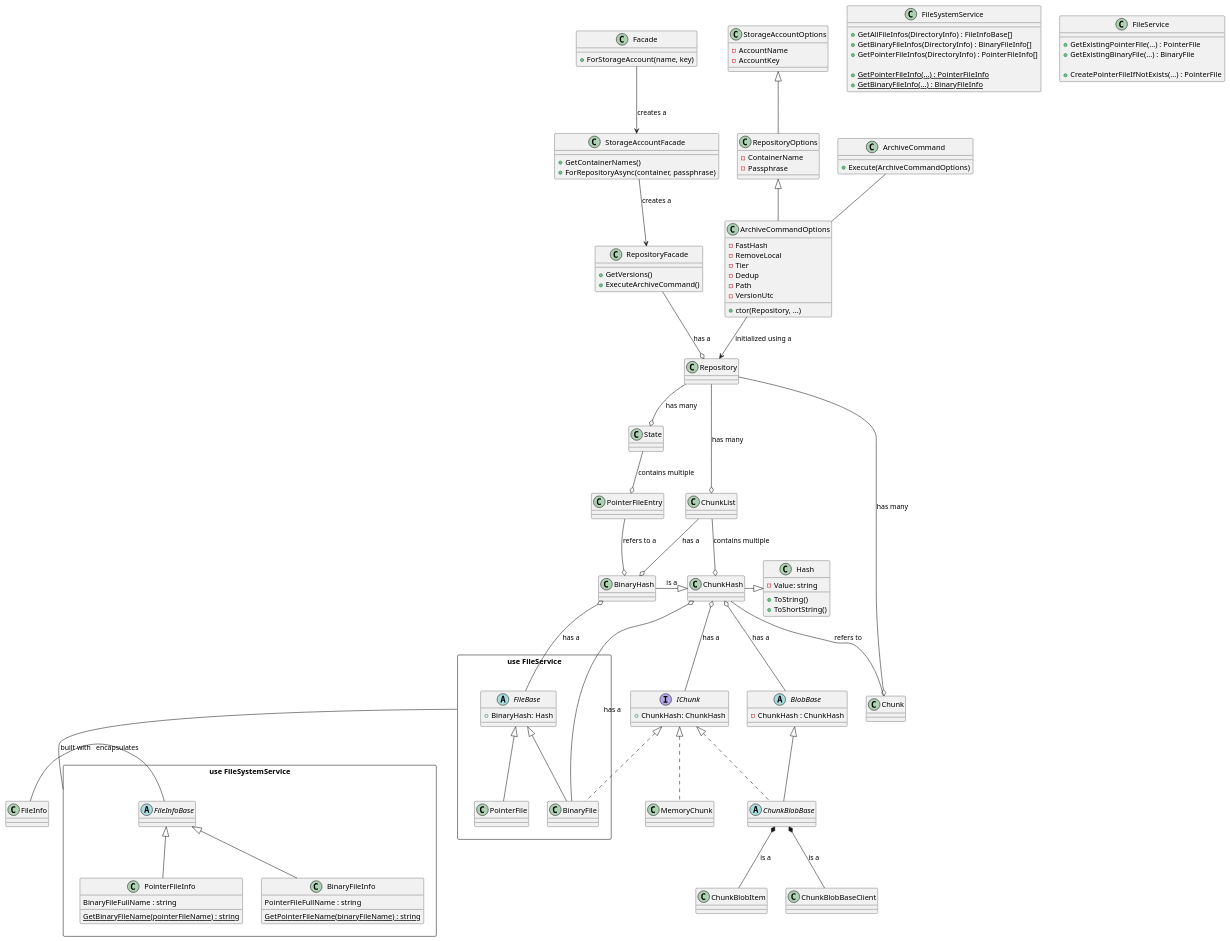
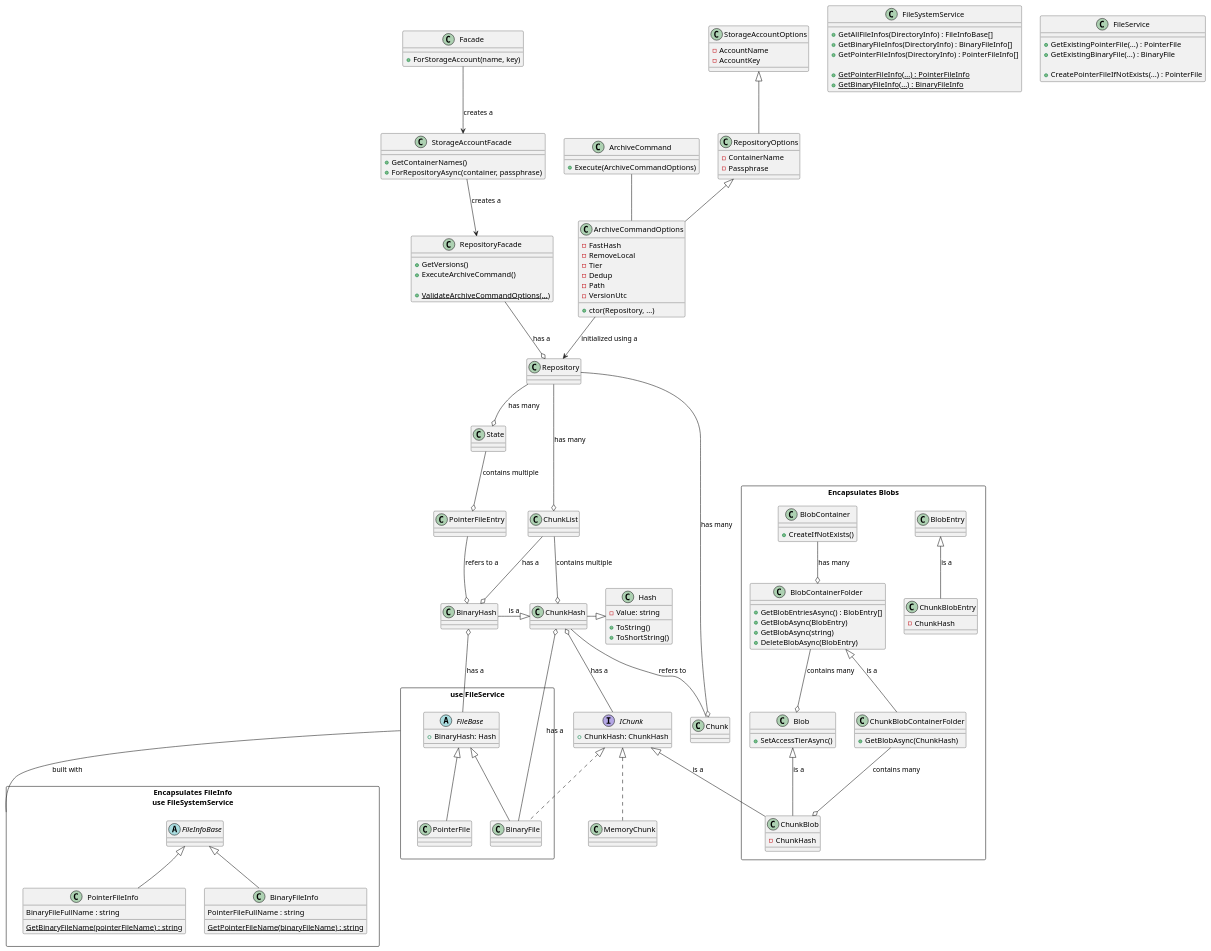
One commit to woutervanranst/Arius changed the diagram in docs/classdiagram.puml. Above: the diagram before and after it, drawn with PlantUML.

```diff
--- a/docs/classdiagram.puml
+++ b/docs/classdiagram.puml
@@ -1,160 +1,189 @@
 @startuml
 
 ' --- MODELS
 
 rectangle "use FileService" as FileServiceGroup {
     abstract class FileBase{
         +BinaryHash: Hash
     }
     class PointerFile
     class BinaryFile
 }
 
 interface IChunk{
     +ChunkHash: ChunkHash
 }
 class MemoryChunk
 
 class Hash {
  -Value: string
  +ToString()
  +ToShortString()
 }
 class ChunkHash
 class BinaryHash
 
-abstract class BlobBase {
- - ChunkHash : ChunkHash
-}
-abstract class ChunkBlobBase
-class ChunkBlobItem
-class ChunkBlobBaseClient
-
-class FileInfo
-rectangle "use FileSystemService" as FileSystemServiceGroup {
+rectangle "Encapsulates FileInfo\nuse FileSystemService" as FileSystemServiceGroup {
     abstract class FileInfoBase
     class PointerFileInfo {
         BinaryFileFullName : string
         {static} GetBinaryFileName(pointerFileName) : string
     }
     class BinaryFileInfo {
         PointerFileFullName : string
         {static} GetPointerFileName(binaryFileName) : string
     }
 }
 
 class FileSystemService {
     + GetAllFileInfos(DirectoryInfo) : FileInfoBase[]
     + GetBinaryFileInfos(DirectoryInfo) : BinaryFileInfo[]
     + GetPointerFileInfos(DirectoryInfo) : PointerFileInfo[]
 
     + {static} GetPointerFileInfo(...) : PointerFileInfo
     + {static} GetBinaryFileInfo(...) : BinaryFileInfo
 }
 
 class FileService {
     + GetExistingPointerFile(...) : PointerFile
     + GetExistingBinaryFile(...) : BinaryFile
 
     + CreatePointerFileIfNotExists(...) : PointerFile
 }
 
 
 ' --- OPERATIONS 
 class Facade {
  + ForStorageAccount(name, key)
 }
 
 class StorageAccountFacade {
  + GetContainerNames()
  + ForRepositoryAsync(container, passphrase)
 }
 
 class RepositoryFacade {
  + GetVersions()
  + ExecuteArchiveCommand()
+
+ + {static} ValidateArchiveCommandOptions(...)
 }
 
 class Repository
 
 class StorageAccountOptions {
  - AccountName
  - AccountKey
 }
 
 class RepositoryOptions {
  - ContainerName
  - Passphrase
 }
+
+
+
+rectangle "Encapsulates Blobs" {
+
+    class BlobContainer {
+        + CreateIfNotExists()
+    }
+
+    class BlobContainerFolder {
+        + GetBlobEntriesAsync() : BlobEntry[]
+        + GetBlobAsync(BlobEntry)
+        + GetBlobAsync(string)
+        + DeleteBlobAsync(BlobEntry)
+    }
+
+    class BlobEntry
+    class Blob {
+        + SetAccessTierAsync()
+    }
+
+    class ChunkBlobContainerFolder {
+        + GetBlobAsync(ChunkHash)
+    }
+    class ChunkBlobEntry {
+        - ChunkHash
+    }
+    class ChunkBlob {
+        - ChunkHash
+    }
+}
+
+BlobContainer --o BlobContainerFolder : "has many"
+
+BlobContainerFolder --o Blob : "contains many"
+ChunkBlobContainerFolder --o ChunkBlob : "contains many"
+
+ChunkBlobContainerFolder -u-|> BlobContainerFolder : "is a"
+ChunkBlobEntry -u-|> BlobEntry : "is a"
+ChunkBlob -u-|> Blob : "is a"
+
+ChunkBlob -u-|> IChunk : "is a"
 
 class ArchiveCommandOptions {
  - FastHash
  - RemoveLocal
  - Tier
  - Dedup
  - Path
  - VersionUtc
  + ctor(Repository, ...)
 }
 
 class ArchiveCommand {
  + Execute(ArchiveCommandOptions)
 }
 
 
 ' --- MODELS RELATIONSHIPS
 Repository --o ChunkList : "has many"
 Repository --o Chunk : "has many"
 Repository --o State : "has many"
 
 ChunkList --o ChunkHash : "contains multiple"
 ChunkHash -- Chunk : "refers to"
 
 State --o PointerFileEntry : "contains multiple"
 
 PointerFileEntry --o BinaryHash : "refers to a"
 
 ChunkList --o BinaryHash : "has a"
 
 FileBase -u-o BinaryHash : "has a"
 
 BinaryFile --o ChunkHash : "has a"
 
 
 FileBase <|-- PointerFile
 
 FileBase <|-- BinaryFile
 BinaryFile..u|>IChunk
 
 IChunk <|.. MemoryChunk
 
-ChunkBlobBase -u-|> BlobBase
-ChunkBlobBase .u.|> IChunk
-ChunkBlobItem -u-* ChunkBlobBase : "is a"
-ChunkBlobBaseClient -u-* ChunkBlobBase : "is a"
-
 ChunkHash -r-|> Hash
 BinaryHash -r-|> ChunkHash : "is a"
 
 IChunk -u-o ChunkHash : "has a"
-BlobBase -u-o ChunkHash : "has a"
 
 
 FileInfoBase<|-- PointerFileInfo
 FileInfoBase<|-- BinaryFileInfo
 
 ' --- OPERATIONS RELATIONSHIPS
 Facade --> StorageAccountFacade : "creates a"
 StorageAccountFacade --> RepositoryFacade : "creates a"
 RepositoryFacade --o Repository : "has a"
 
 RepositoryOptions -u-|> StorageAccountOptions
 ArchiveCommandOptions -u-|> RepositoryOptions 
 ArchiveCommandOptions --> Repository : "initialized using a"
 
 ArchiveCommand -- ArchiveCommandOptions
 
 FileSystemServiceGroup -u- FileServiceGroup : "built with"
 
-FileInfoBase -l- FileInfo : "encapsulates"
 @enduml
```
